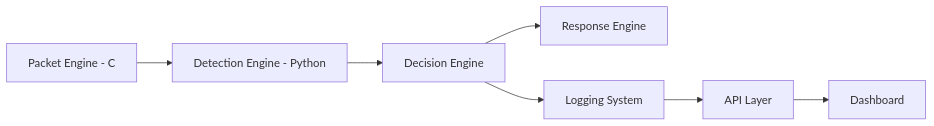
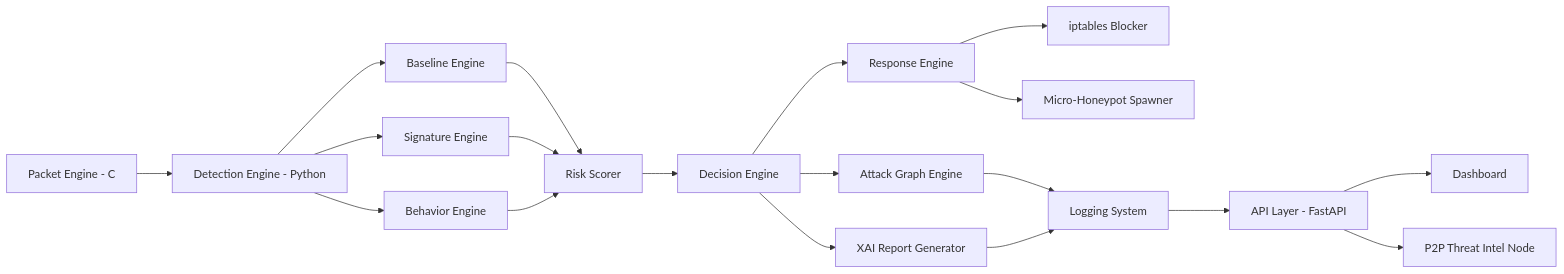
Before and after one commit to ashpb07/LA-IDRS: the first of 2 diagrams in README.md, drawn with Mermaid. The commit also changed other lines of this file and 1 other file, not shown here.

````diff
--- a/README.md
+++ b/README.md
@@ -37,9 +37,18 @@
 ```mermaid
 flowchart LR
     A[Packet Engine - C] --> B[Detection Engine - Python]
-    B --> C[Decision Engine]
-    C --> D[Response Engine]
-    C --> E[Logging System]
-    E --> F[API Layer]
-    F --> G[Dashboard]
+    B --> C[Baseline Engine]
+    B --> D[Signature Engine]
+    B --> E[Behavior Engine]
+    C & D & E --> F[Risk Scorer]
+    F --> G[Decision Engine]
+    G --> H[Response Engine]
+    G --> I[Attack Graph Engine]
+    G --> J[XAI Report Generator]
+    H --> K[iptables Blocker]
+    H --> L[Micro-Honeypot Spawner]
+    I & J --> M[Logging System]
+    M --> N[API Layer - FastAPI]
+    N --> O[Dashboard]
+    N --> P[P2P Threat Intel Node]
 ```
````
